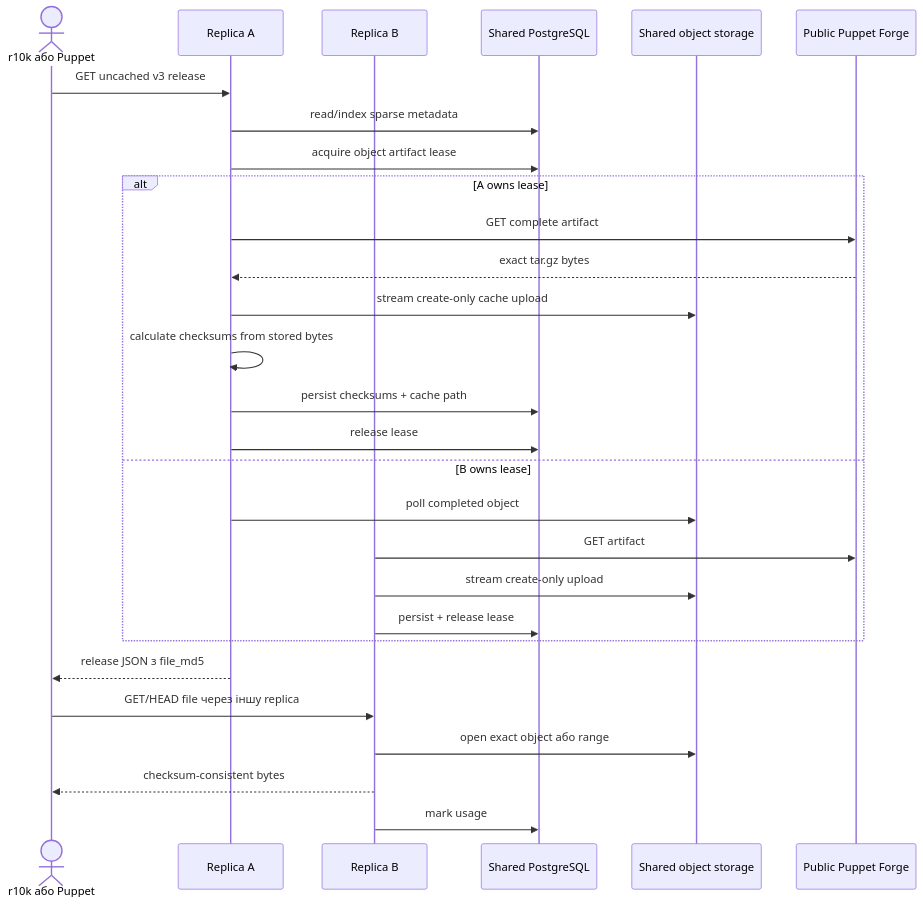
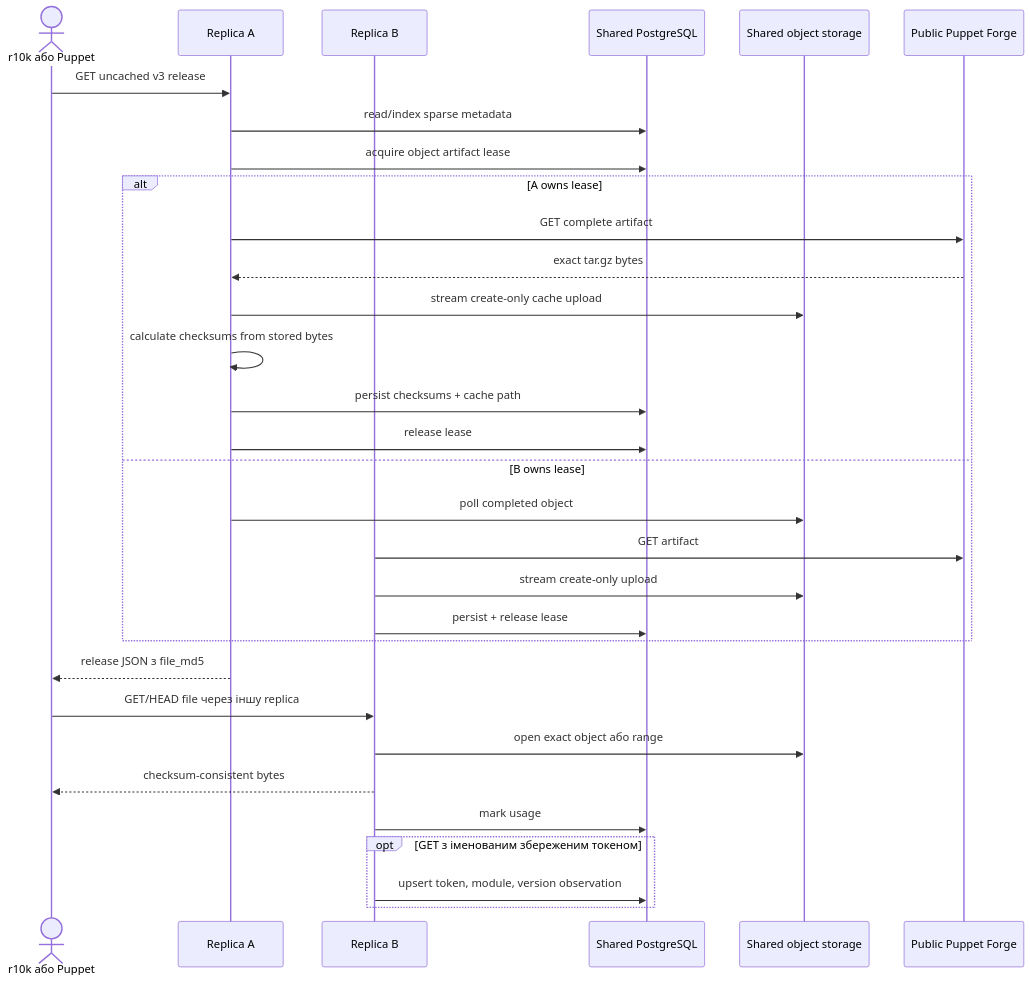
Before and after one commit to zxzharmlesszxz/puppet-forge: the fifth of 10 diagrams in SCHEMA.uk.md, drawn with Mermaid. The commit also changed other lines of this file and 36 other files, not shown here.

````diff
--- a/SCHEMA.uk.md
+++ b/SCHEMA.uk.md
@@ -268,30 +268,33 @@
 ```mermaid
 sequenceDiagram
     actor R as r10k або Puppet
     participant A as Replica A
     participant B as Replica B
     participant DB as Shared PostgreSQL
     participant O as Shared object storage
     participant U as Public Puppet Forge
     R->>A: GET uncached v3 release
     A->>DB: read/index sparse metadata
     A->>DB: acquire object artifact lease
     alt A owns lease
         A->>U: GET complete artifact
         U-->>A: exact tar.gz bytes
         A->>O: stream create-only cache upload
         A->>A: calculate checksums from stored bytes
         A->>DB: persist checksums + cache path
         A->>DB: release lease
     else B owns lease
         A->>O: poll completed object
         B->>U: GET artifact
         B->>O: stream create-only upload
         B->>DB: persist + release lease
     end
     A-->>R: release JSON з file_md5
     R->>B: GET/HEAD file через іншу replica
     B->>O: open exact object або range
     B-->>R: checksum-consistent bytes
     B->>DB: mark usage
+    opt GET з іменованим збереженим токеном
+        B->>DB: upsert token, module, version observation
+    end
 ```
````
